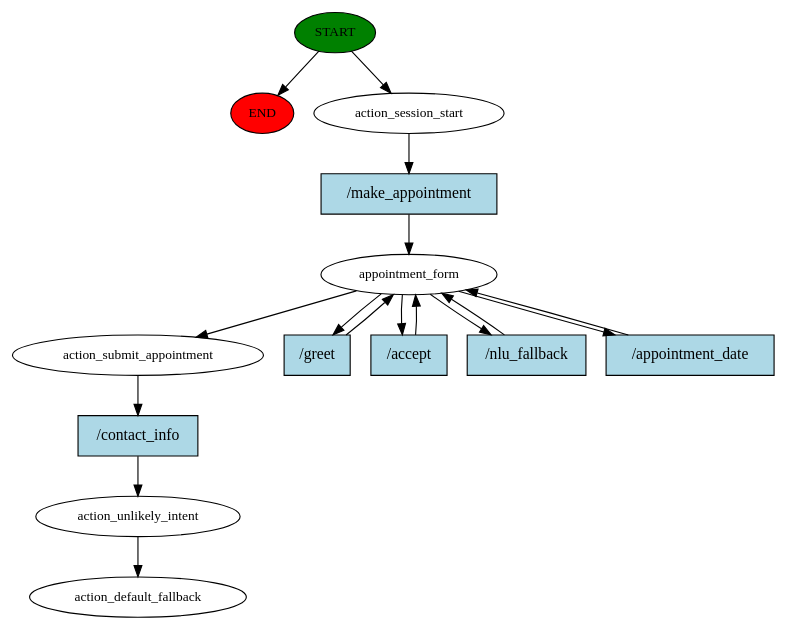
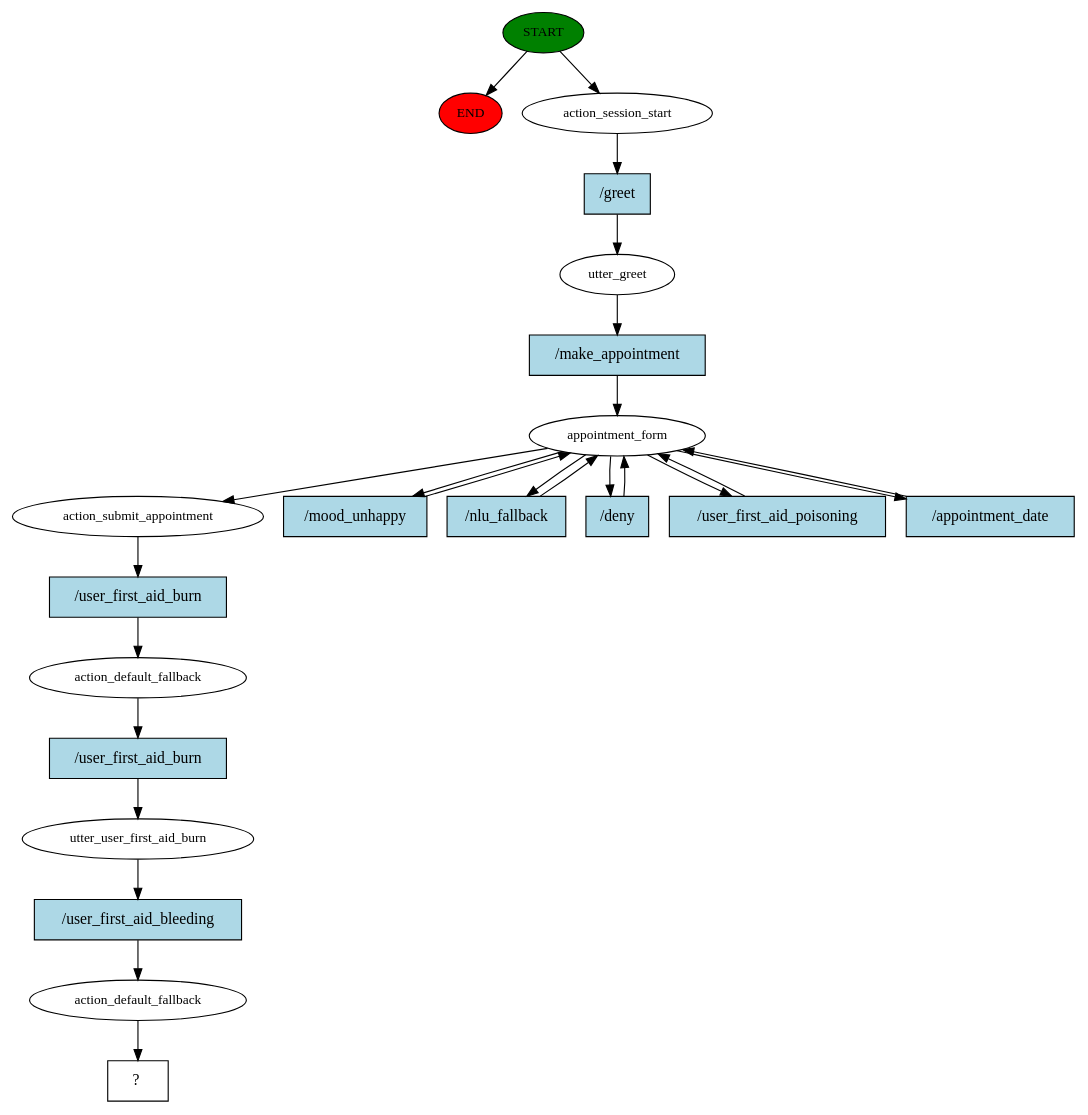
Before and after one commit to Localized-Medical-Chatbot/Medical_Chatbot: the diagram in story_graph.dot, drawn with Graphviz. The commit also changed 75 other files, not shown here.

```diff
--- a/story_graph.dot
+++ b/story_graph.dot
@@ -1,31 +1,46 @@
 digraph  {
 0 [class="start active", fillcolor=green, fontsize=12, label=START, style=filled];
 "-1" [class=end, fillcolor=red, fontsize=12, label=END, style=filled];
 1 [class=active, fontsize=12, label=action_session_start];
-2 [class=active, fontsize=12, label=appointment_form];
-7 [class=active, fontsize=12, label=action_submit_appointment];
-8 [class=active, fontsize=12, label=action_unlikely_intent];
-9 [class="dashed active", fontsize=12, label=action_default_fallback];
-10 [class="intent active", fillcolor=lightblue, label="/make_appointment", shape=rect, style=filled];
-11 [class="intent active", fillcolor=lightblue, label="/greet", shape=rect, style=filled];
-12 [class="intent active", fillcolor=lightblue, label="/accept", shape=rect, style=filled];
-13 [class="intent active", fillcolor=lightblue, label="/nlu_fallback", shape=rect, style=filled];
-14 [class="intent active", fillcolor=lightblue, label="/appointment_date", shape=rect, style=filled];
-15 [class="intent active", fillcolor=lightblue, label="/contact_info", shape=rect, style=filled];
+2 [class=active, fontsize=12, label=utter_greet];
+3 [class=active, fontsize=12, label=appointment_form];
+9 [class=active, fontsize=12, label=action_submit_appointment];
+10 [class=active, fontsize=12, label=action_default_fallback];
+11 [class=active, fontsize=12, label=utter_user_first_aid_burn];
+12 [class=active, fontsize=12, label=action_default_fallback];
+13 [class="intent dashed active", label="  ?  ", shape=rect];
+14 [class="intent active", fillcolor=lightblue, label="/greet", shape=rect, style=filled];
+15 [class="intent active", fillcolor=lightblue, label="/make_appointment", shape=rect, style=filled];
+16 [class="intent active", fillcolor=lightblue, label="/mood_unhappy", shape=rect, style=filled];
+17 [class="intent active", fillcolor=lightblue, label="/nlu_fallback", shape=rect, style=filled];
+18 [class="intent active", fillcolor=lightblue, label="/deny", shape=rect, style=filled];
+19 [class="intent active", fillcolor=lightblue, label="/user_first_aid_poisoning", shape=rect, style=filled];
+20 [class="intent active", fillcolor=lightblue, label="/appointment_date", shape=rect, style=filled];
+21 [class="intent active", fillcolor=lightblue, label="/user_first_aid_burn", shape=rect, style=filled];
+22 [class="intent active", fillcolor=lightblue, label="/user_first_aid_burn", shape=rect, style=filled];
+23 [class="intent active", fillcolor=lightblue, label="/user_first_aid_bleeding", shape=rect, style=filled];
 0 -> "-1"  [class="", key=NONE, label=""];
 0 -> 1  [class=active, key=NONE, label=""];
-1 -> 10  [class=active, key=0];
-2 -> 7  [class=active, key=NONE, label=""];
-2 -> 11  [class=active, key=0];
-2 -> 12  [class=active, key=0];
-2 -> 13  [class=active, key=0];
-2 -> 14  [class=active, key=0];
-7 -> 15  [class=active, key=0];
-8 -> 9  [class=active, key=NONE, label=""];
-10 -> 2  [class=active, key=0];
-11 -> 2  [class=active, key=0];
-12 -> 2  [class=active, key=0];
-13 -> 2  [class=active, key=0];
+1 -> 14  [class=active, key=0];
+2 -> 15  [class=active, key=0];
+3 -> 9  [class=active, key=NONE, label=""];
+3 -> 16  [class=active, key=0];
+3 -> 17  [class=active, key=0];
+3 -> 18  [class=active, key=0];
+3 -> 19  [class=active, key=0];
+3 -> 20  [class=active, key=0];
+9 -> 21  [class=active, key=0];
+10 -> 22  [class=active, key=0];
+11 -> 23  [class=active, key=0];
+12 -> 13  [class=active, key=NONE, label=""];
 14 -> 2  [class=active, key=0];
-15 -> 8  [class=active, key=0];
+15 -> 3  [class=active, key=0];
+16 -> 3  [class=active, key=0];
+17 -> 3  [class=active, key=0];
+18 -> 3  [class=active, key=0];
+19 -> 3  [class=active, key=0];
+20 -> 3  [class=active, key=0];
+21 -> 10  [class=active, key=0];
+22 -> 11  [class=active, key=0];
+23 -> 12  [class=active, key=0];
 }
```
